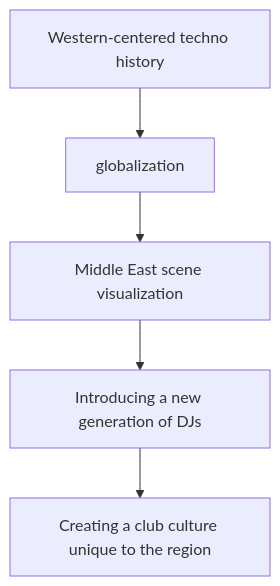
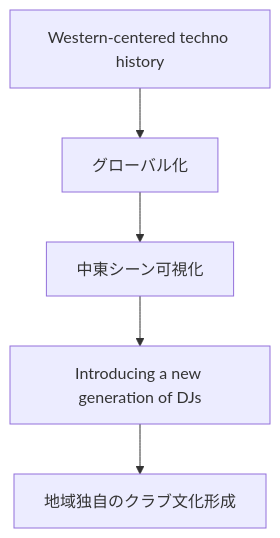
One commit to monumental-movement/monumental-movement.github.io changed the sixth of 7 diagrams in en/_posts/2026-05-24-column-sama-abdulhadi.md. Above: the diagram before and after it, drawn with Mermaid. The commit also changed other lines of this file and 2196 other files, not shown here.

```diff
--- a/en/_posts/2026-05-24-column-sama-abdulhadi.md
+++ b/en/_posts/2026-05-24-column-sama-abdulhadi.md
@@ -391,7 +391,7 @@
 <div class="mermaid">
 graph TD
-A[Western-centered techno history] --> B[globalization]
-B --> C[Middle East scene visualization]
+A[Western-centered techno history] --> B[グローバル化]
+B --> C[中東シーン可視化]
 C --> D[Introducing a new generation of DJs]
-D --> E[Creating a club culture unique to the region]
+D --> E[地域独自のクラブ文化形成]
 </div>
```
